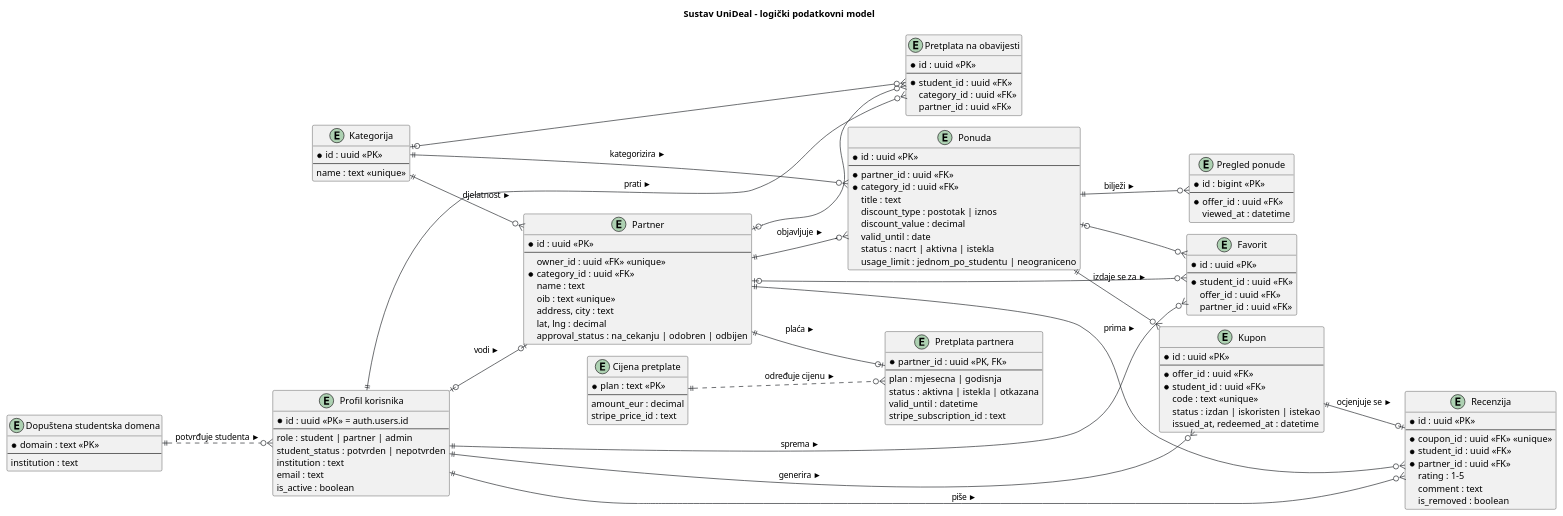
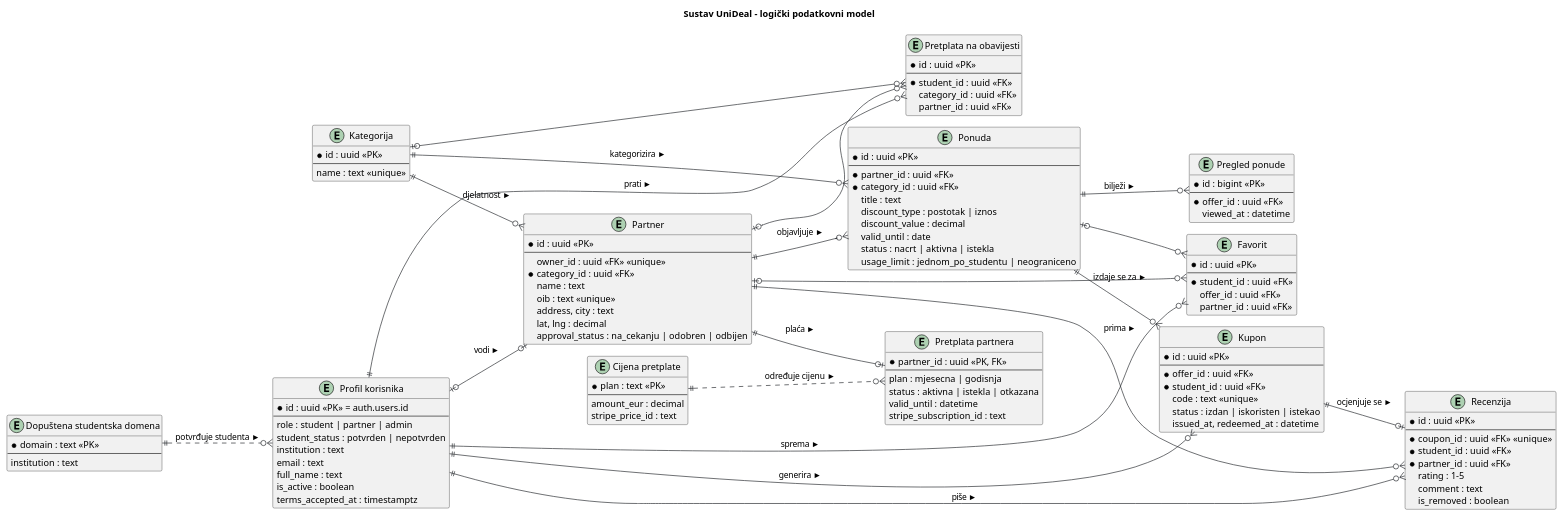
Before and after one commit to matejban/UniDeal: the diagram in docs/puml/4-2-unideal-data-ERD.puml, drawn with PlantUML. The commit also changed 19 other files, not shown here.

```diff
--- a/docs/puml/4-2-unideal-data-ERD.puml
+++ b/docs/puml/4-2-unideal-data-ERD.puml
@@ -14,168 +14,170 @@
 @startuml
 !pragma layout smetana
 title Sustav UniDeal – logički podatkovni model
 left to right direction
 
 skinparam shadowing false
 skinparam defaultFontName Arial
 skinparam ArrowColor #212529
 
 skinparam entity {
     BackgroundColor #E7F1FF
     BorderColor #0D6EFD
     FontColor #212529
 }
 
 ' ==============================================================================
 ' Korisnici
 ' ==============================================================================
 
 entity "Profil korisnika" as Profile {
     * id : uuid <<PK>> = auth.users.id
     --
     role : student | partner | admin
     student_status : potvrden | nepotvrden
     institution : text
     email : text
+    full_name : text
     is_active : boolean
+    terms_accepted_at : timestamptz
 }
 
 entity "Dopuštena studentska domena" as Domain {
     * domain : text <<PK>>
     --
     institution : text
 }
 
 ' ==============================================================================
 ' Partneri i ponude
 ' ==============================================================================
 
 entity "Partner" as Partner {
     * id : uuid <<PK>>
     --
     owner_id : uuid <<FK>> <<unique>>
     * category_id : uuid <<FK>>
     name : text
     oib : text <<unique>>
     address, city : text
     lat, lng : decimal
     approval_status : na_cekanju | odobren | odbijen
 }
 
 entity "Pretplata partnera" as Subscription {
     * partner_id : uuid <<PK, FK>>
     --
     plan : mjesecna | godisnja
     status : aktivna | istekla | otkazana
     valid_until : datetime
     stripe_subscription_id : text
 }
 
 entity "Cijena pretplate" as Price {
     * plan : text <<PK>>
     --
     amount_eur : decimal
     stripe_price_id : text
 }
 
 entity "Kategorija" as Category {
     * id : uuid <<PK>>
     --
     name : text <<unique>>
 }
 
 entity "Ponuda" as Offer {
     * id : uuid <<PK>>
     --
     * partner_id : uuid <<FK>>
     * category_id : uuid <<FK>>
     title : text
     discount_type : postotak | iznos
     discount_value : decimal
     valid_until : date
     status : nacrt | aktivna | istekla
     usage_limit : jednom_po_studentu | neograniceno
 }
 
 entity "Pregled ponude" as View {
     * id : bigint <<PK>>
     --
     * offer_id : uuid <<FK>>
     viewed_at : datetime
 }
 
 ' ==============================================================================
 ' Kuponi i recenzije
 ' ==============================================================================
 
 entity "Kupon" as Coupon {
     * id : uuid <<PK>>
     --
     * offer_id : uuid <<FK>>
     * student_id : uuid <<FK>>
     code : text <<unique>>
     status : izdan | iskoristen | istekao
     issued_at, redeemed_at : datetime
 }
 
 entity "Recenzija" as Review {
     * id : uuid <<PK>>
     --
     * coupon_id : uuid <<FK>> <<unique>>
     * student_id : uuid <<FK>>
     * partner_id : uuid <<FK>>
     rating : 1–5
     comment : text
     is_removed : boolean
 }
 
 ' ==============================================================================
 ' Favoriti i obavijesti (točno jedan od dvaju stranih ključeva je zadan)
 ' ==============================================================================
 
 entity "Favorit" as Favorite {
     * id : uuid <<PK>>
     --
     * student_id : uuid <<FK>>
     offer_id : uuid <<FK>>
     partner_id : uuid <<FK>>
 }
 
 entity "Pretplata na obavijesti" as Notification {
     * id : uuid <<PK>>
     --
     * student_id : uuid <<FK>>
     category_id : uuid <<FK>>
     partner_id : uuid <<FK>>
 }
 
 ' ==============================================================================
 ' Veze između entiteta
 ' ==============================================================================
 
 ' Isprekidane veze nisu strani ključevi: status studenta određuje domena e-maila,
 ' a cijenu pretplate njezin plan.
 Domain ||..o{ Profile : potvrđuje studenta ►
 Price ||..o{ Subscription : određuje cijenu ►
 
 Profile |o--o| Partner : vodi ►
 Category ||--o{ Partner : djelatnost ►
 Partner ||--o| Subscription : plaća ►
 Partner ||--o{ Offer : objavljuje ►
 Category ||--o{ Offer : kategorizira ►
 Offer ||--o{ View : bilježi ►
 
 Offer ||--o{ Coupon : izdaje se za ►
 Profile ||--o{ Coupon : generira ►
 Coupon ||--o| Review : ocjenjuje se ►
 Profile ||--o{ Review : piše ►
 Partner ||--o{ Review : prima ►
 
 Profile ||--o{ Favorite : sprema ►
 Offer |o--o{ Favorite
 Partner |o--o{ Favorite
 
 Profile ||--o{ Notification : prati ►
 Category |o--o{ Notification
 Partner |o--o{ Notification
 @enduml
```
